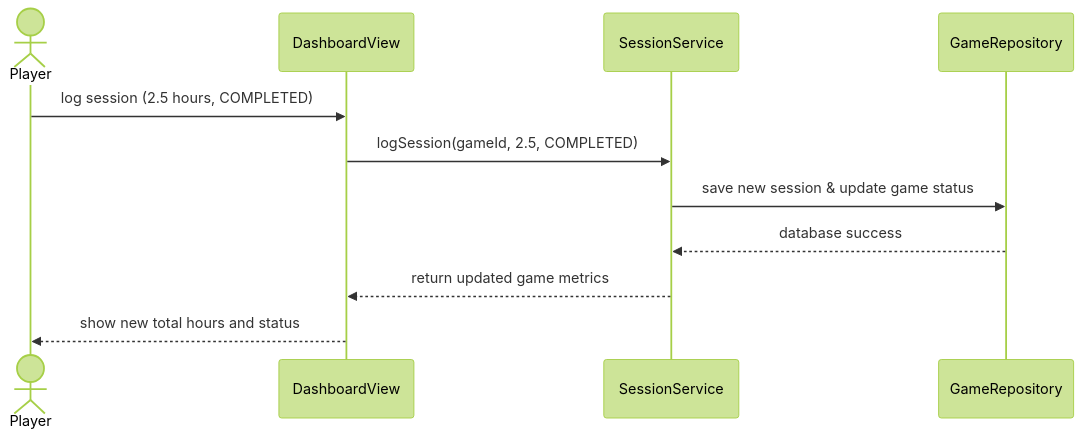
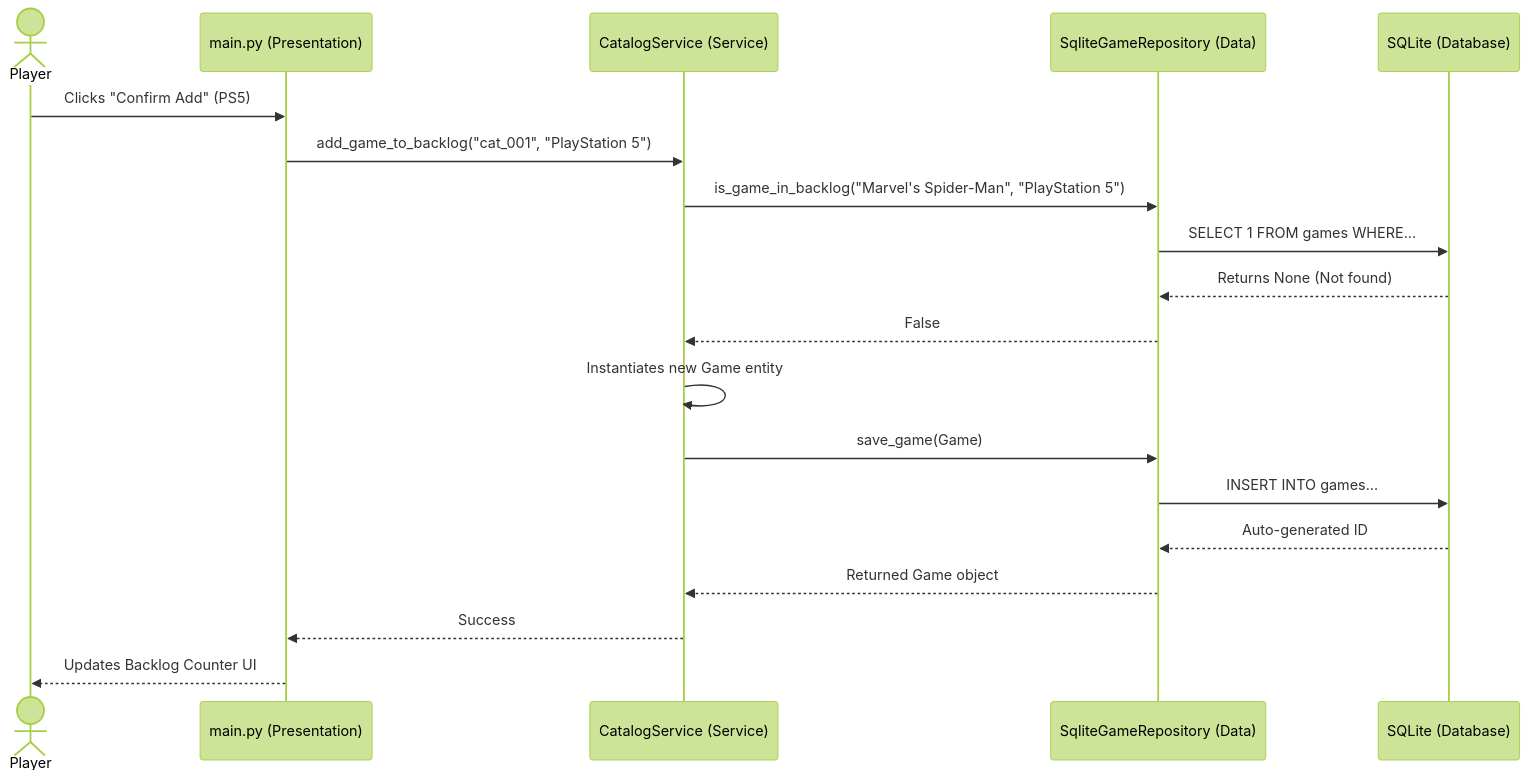
Before and after one commit to DavLien/cen5064-project-liendo: the fourth of 4 diagrams in README.md, drawn with Mermaid (forest theme). The commit also changed other lines of this file, not shown here.

First line of the commit message:
Overwrite README.md to fit GameLedger scope

````diff
--- a/README.md
+++ b/README.md
@@ -79,15 +123,25 @@
 ```mermaid
 %% Sequence diagram: ONE core use case, end to end.
 sequenceDiagram
-    actor U as Player
-    participant UI as DashboardView
-    participant S as SessionService
-    participant D as GameRepository
+    actor Player
+    participant UI as main.py (Presentation)
+    participant Svc as CatalogService (Service)
+    participant Repo as SqliteGameRepository (Data)
+    participant DB as SQLite (Database)
 
-    U->>UI: log session (2.5 hours, COMPLETED)
-    UI->>S: logSession(gameId, 2.5, COMPLETED)
-    S->>D: save new session & update game status
-    D-->>S: database success
-    S-->>UI: return updated game metrics
-    UI-->>U: show new total hours and status
+    Player->>UI: Clicks "Confirm Add" (PS5)
+    UI->>Svc: add_game_to_backlog("cat_001", "PlayStation 5")
+
+    Svc->>Repo: is_game_in_backlog("Marvel's Spider-Man", "PlayStation 5")
+    Repo->>DB: SELECT 1 FROM games WHERE...
+    DB-->>Repo: Returns None (Not found)
+    Repo-->>Svc: False
+
+    Svc->>Svc: Instantiates new Game entity
+    Svc->>Repo: save_game(Game)
+    Repo->>DB: INSERT INTO games...
+    DB-->>Repo: Auto-generated ID
+    Repo-->>Svc: Returned Game object
+    Svc-->>UI: Success
+    UI-->>Player: Updates Backlog Counter UI
 ```
````
